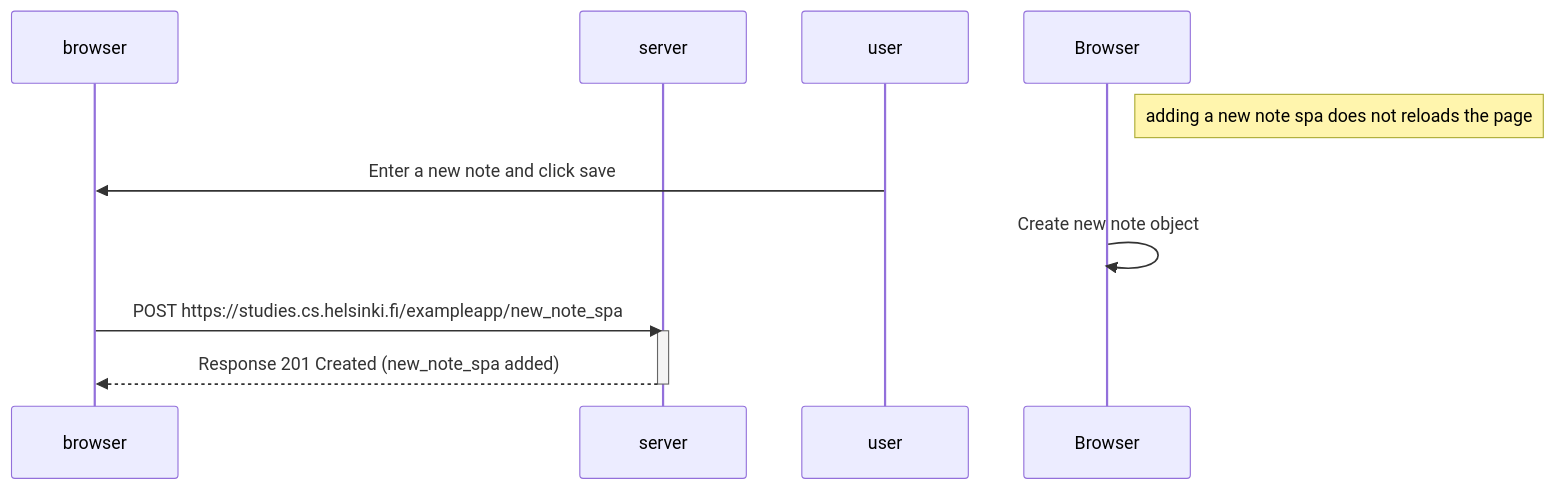
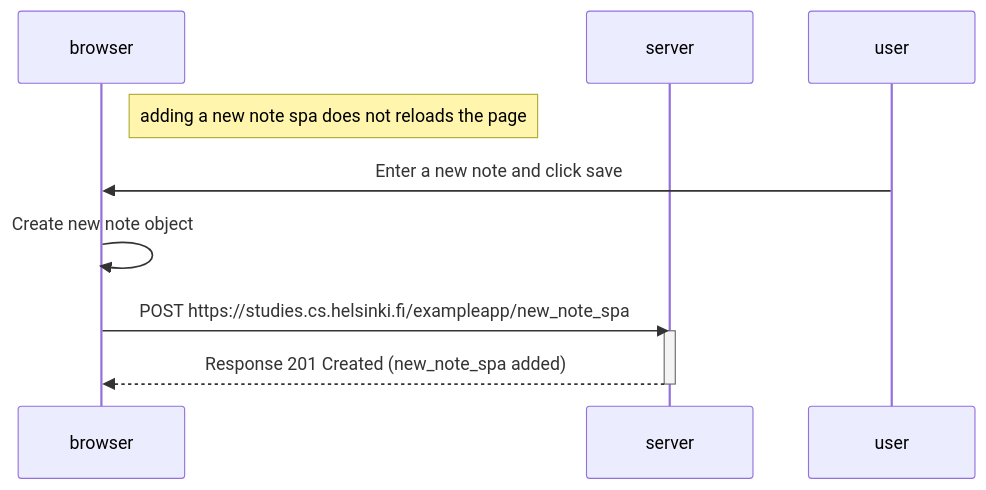
The diagram in part0/0.6.New_note_spa_Single_page_app_diagram/New_note__spa_diagram.md (nkanagno/my-submissions), drawn with Mermaid before and after one commit.

Commit message:
add part0

````diff
--- a/part0/0.6.New_note_spa_Single_page_app_diagram/New_note__spa_diagram.md
+++ b/part0/0.6.New_note_spa_Single_page_app_diagram/New_note__spa_diagram.md
@@ -1,16 +1,16 @@
 ```mermaid
 sequenceDiagram
     participant browser
     participant server
     participant user
 
-    Note right of Browser: adding a new note spa does not reloads the page
+    Note right of browser: adding a new note spa does not reloads the page
     
     user->>browser: Enter a new note and click save
-    Browser->>Browser: Create new note object
+    browser->>browser: Create new note object
     browser->>server: POST https://studies.cs.helsinki.fi/exampleapp/new_note_spa
     activate server
     server-->>browser: Response 201 Created (new_note_spa added)
     deactivate server
 
 ```
````
